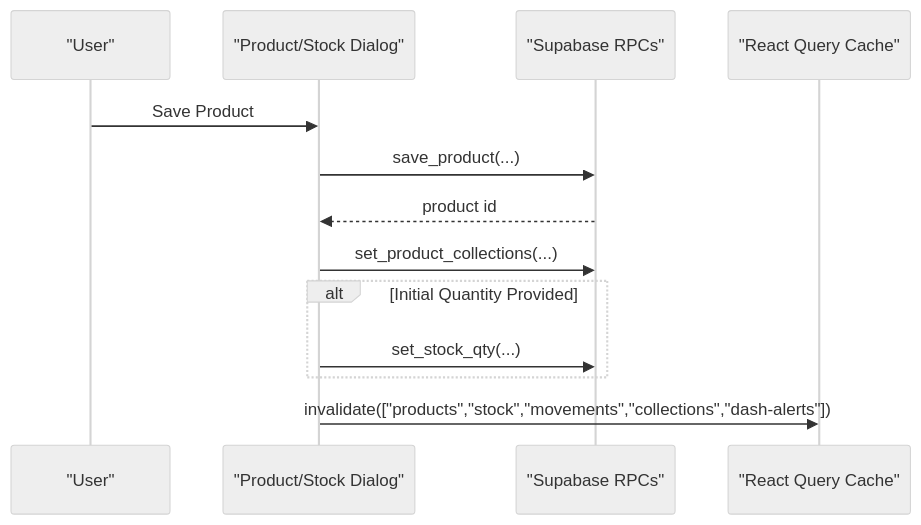
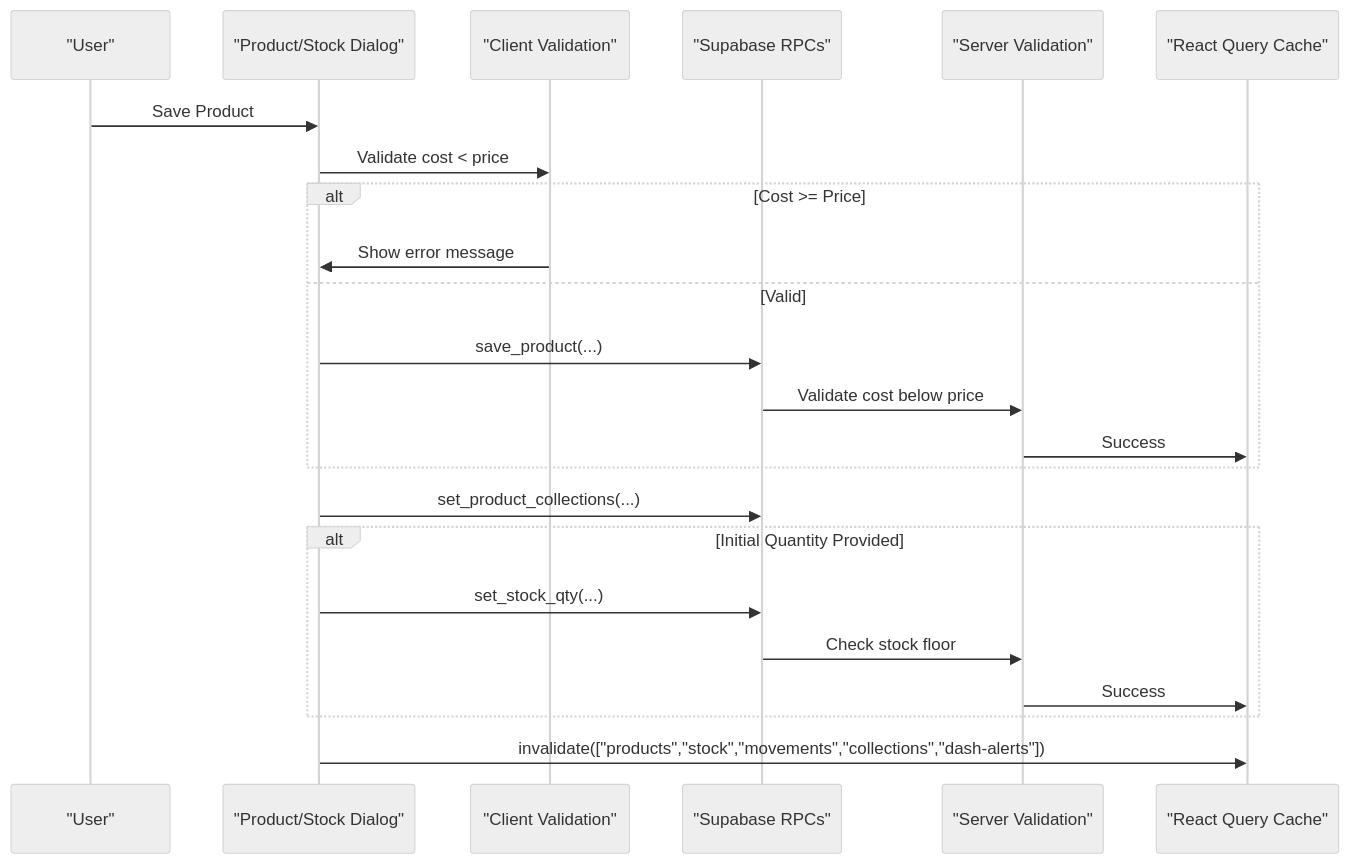
One commit to themclloyd/storq changed the sixth of 17 diagrams in .qoder/repowiki/en/content/Inventory Management/Inventory Management.md. Above: the diagram before and after it, drawn with Mermaid (neutral theme). The commit also changed other lines of this file and 42 other files, not shown here.

````diff
--- a/.qoder/repowiki/en/content/Inventory Management/Inventory Management.md
+++ b/.qoder/repowiki/en/content/Inventory Management/Inventory Management.md
@@ -243,15 +260,25 @@
 ```mermaid
 sequenceDiagram
 participant User as "User"
 participant Dialog as "Product/Stock Dialog"
+participant ClientValidation as "Client Validation"
 participant RPC as "Supabase RPCs"
+participant ServerValidation as "Server Validation"
 participant Cache as "React Query Cache"
 User->>Dialog : Save Product
+Dialog->>ClientValidation : Validate cost < price
+alt Cost >= Price
+ClientValidation->>Dialog : Show error message
+else Valid
 Dialog->>RPC : save_product(...)
-RPC-->>Dialog : product id
+RPC->>ServerValidation : Validate cost below price
+ServerValidation->>Cache : Success
+end
 Dialog->>RPC : set_product_collections(...)
 alt Initial Quantity Provided
 Dialog->>RPC : set_stock_qty(...)
+RPC->>ServerValidation : Check stock floor
+ServerValidation->>Cache : Success
 end
 Dialog->>Cache : invalidate(["products","stock","movements","collections","dash-alerts"])
 ```
````
